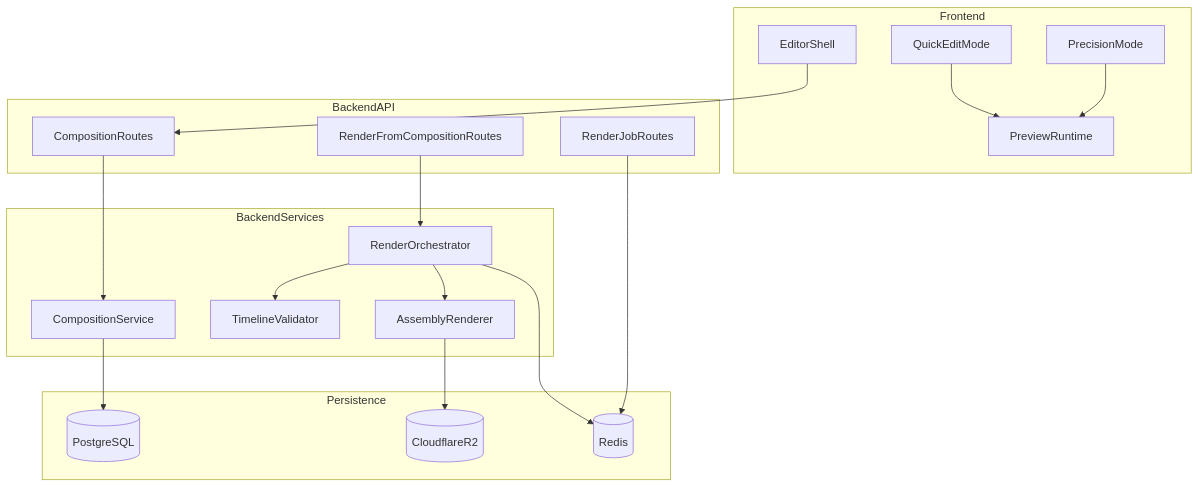
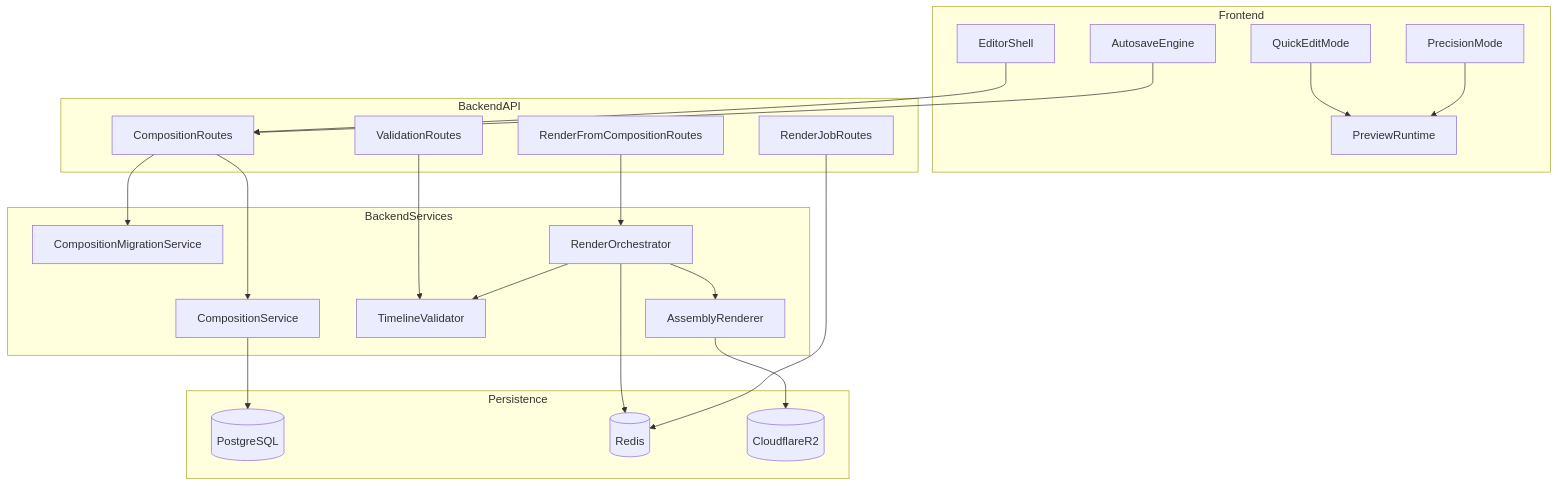
Before and after one commit to KennethAtchon/ContentAI: the first of 2 diagrams in docs/specs/phase5/PHASE5_TECHNICAL_DESIGN.md, drawn with Mermaid. The commit also changed other lines of this file and 37 other files, not shown here.

First line of the commit message:
feat: Introduce reel_composition table and related schemas for video composition management

````diff
--- a/docs/specs/phase5/PHASE5_TECHNICAL_DESIGN.md
+++ b/docs/specs/phase5/PHASE5_TECHNICAL_DESIGN.md
@@ -17,40 +17,46 @@
 ```mermaid
 flowchart TB
     subgraph frontend [Frontend]
         editorShell[EditorShell]
         quickEdit[QuickEditMode]
         precisionEdit[PrecisionMode]
         previewRuntime[PreviewRuntime]
+        autosaveEngine[AutosaveEngine]
     end
 
     subgraph backendApi [BackendAPI]
         compositionRoutes[CompositionRoutes]
+        validationRoutes[ValidationRoutes]
         renderRoutes[RenderFromCompositionRoutes]
         jobRoutes[RenderJobRoutes]
     end
 
     subgraph backendServices [BackendServices]
         compositionService[CompositionService]
+        migrationService[CompositionMigrationService]
         timelineValidator[TimelineValidator]
         renderOrchestrator[RenderOrchestrator]
         assemblyRenderer[AssemblyRenderer]
     end
 
     subgraph persistence [Persistence]
         postgres[(PostgreSQL)]
         redis[(Redis)]
         r2[(CloudflareR2)]
     end
 
     editorShell --> compositionRoutes
     quickEdit --> previewRuntime
     precisionEdit --> previewRuntime
+    autosaveEngine --> compositionRoutes
     compositionRoutes --> compositionService
+    compositionRoutes --> migrationService
+    validationRoutes --> timelineValidator
     compositionService --> postgres
     renderRoutes --> renderOrchestrator
     renderOrchestrator --> timelineValidator
     renderOrchestrator --> assemblyRenderer
     renderOrchestrator --> redis
     assemblyRenderer --> r2
     jobRoutes --> redis
 ```
````
